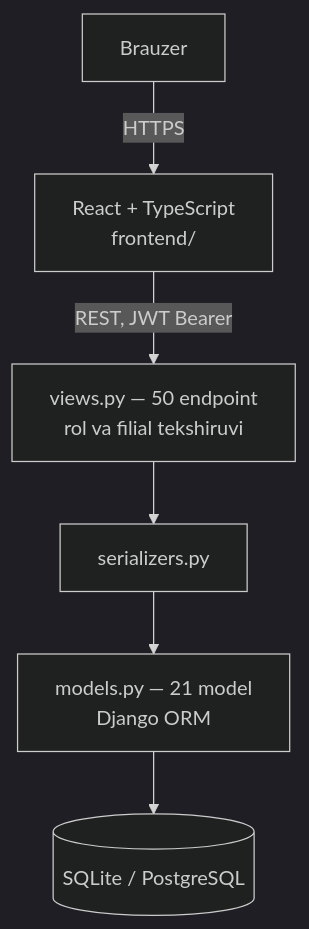
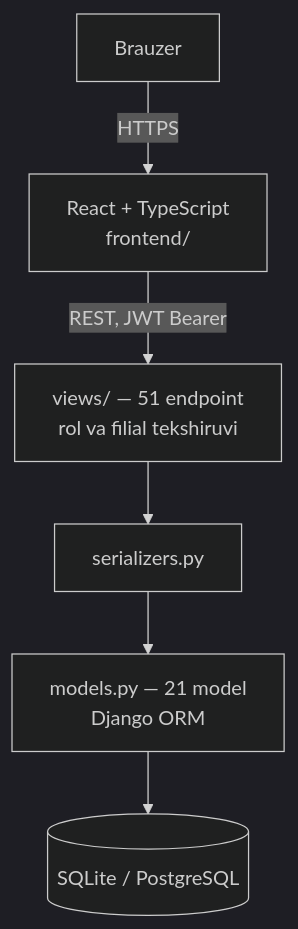
One commit to muslimbek77/e-ombor changed the first of 2 diagrams in README.md. Above: the diagram before and after it, drawn with Mermaid (dark theme). The commit also changed other lines of this file and 37 other files, not shown here.

````diff
--- a/README.md
+++ b/README.md
@@ -31,8 +31,8 @@
 ```mermaid
 flowchart TD
     B["Brauzer"] -->|HTTPS| F["React + TypeScript<br/>frontend/"]
-    F -->|"REST, JWT Bearer"| V["views.py — 50 endpoint<br/>rol va filial tekshiruvi"]
+    F -->|"REST, JWT Bearer"| V["views/ — 51 endpoint<br/>rol va filial tekshiruvi"]
     V --> S["serializers.py"]
     S --> MO["models.py — 21 model<br/>Django ORM"]
     MO --> D[("SQLite / PostgreSQL")]
 ```
````
